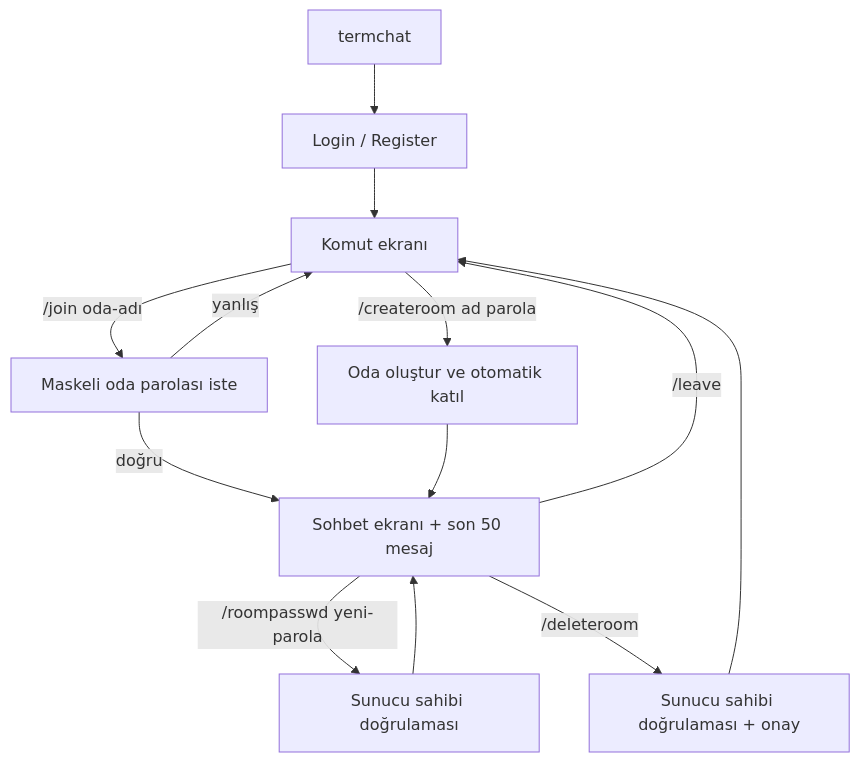
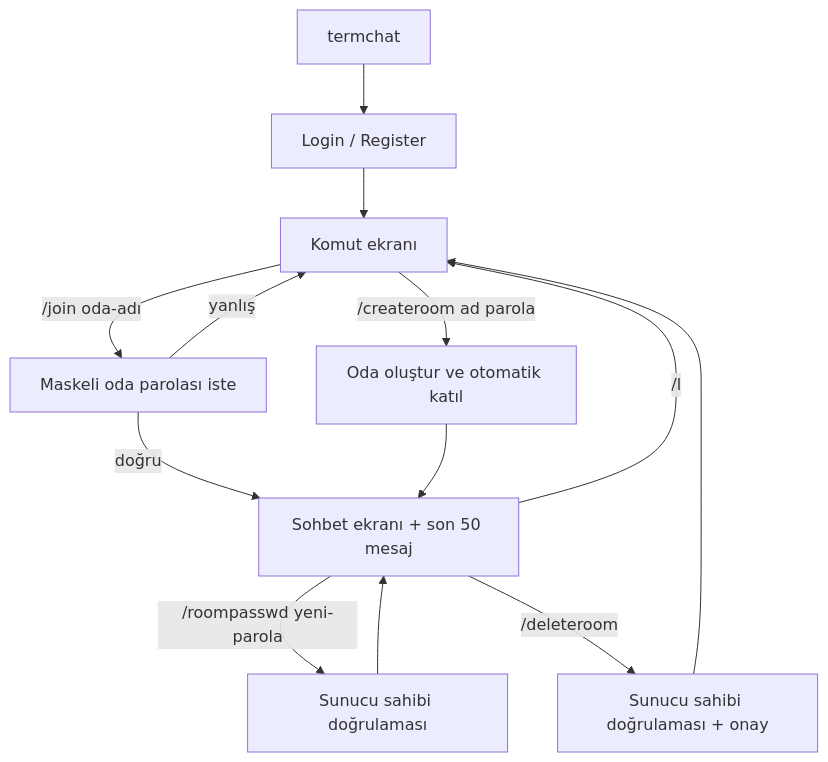
Before and after one commit to xdjanisxd/termchat: the diagram in docs/03-komut-ve-protokol.md, drawn with Mermaid. The commit also changed other lines of this file and 4 other files, not shown here.

````diff
--- a/docs/03-komut-ve-protokol.md
+++ b/docs/03-komut-ve-protokol.md
@@ -5,15 +5,15 @@
 ```mermaid
 flowchart TD
   START[termchat] --> AUTH[Login / Register]
   AUTH --> HOME[Komut ekranı]
   HOME -->|/createroom ad parola| CREATE[Oda oluştur ve otomatik katıl]
   HOME -->|/join oda-adı| PROMPT[Maskeli oda parolası iste]
   PROMPT -->|doğru| CHAT[Sohbet ekranı + son 50 mesaj]
   PROMPT -->|yanlış| HOME
   CREATE --> CHAT
-  CHAT -->|/leave| HOME
+  CHAT -->|/l| HOME
   CHAT -->|/roompasswd yeni-parola| CHANGE[Sunucu sahibi doğrulaması]
   CHAT -->|/deleteroom| DELETE[Sunucu sahibi doğrulaması + onay]
   CHANGE --> CHAT
   DELETE --> HOME
 ```
````
